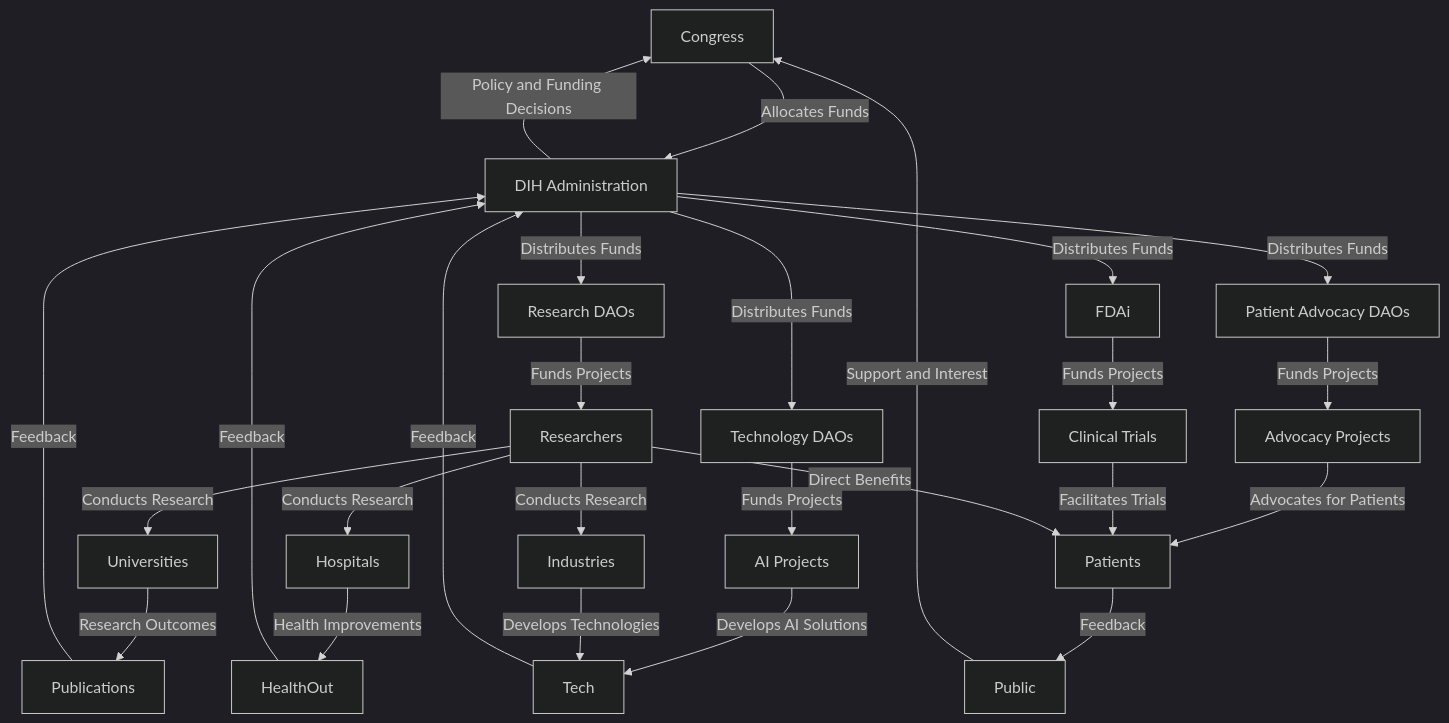
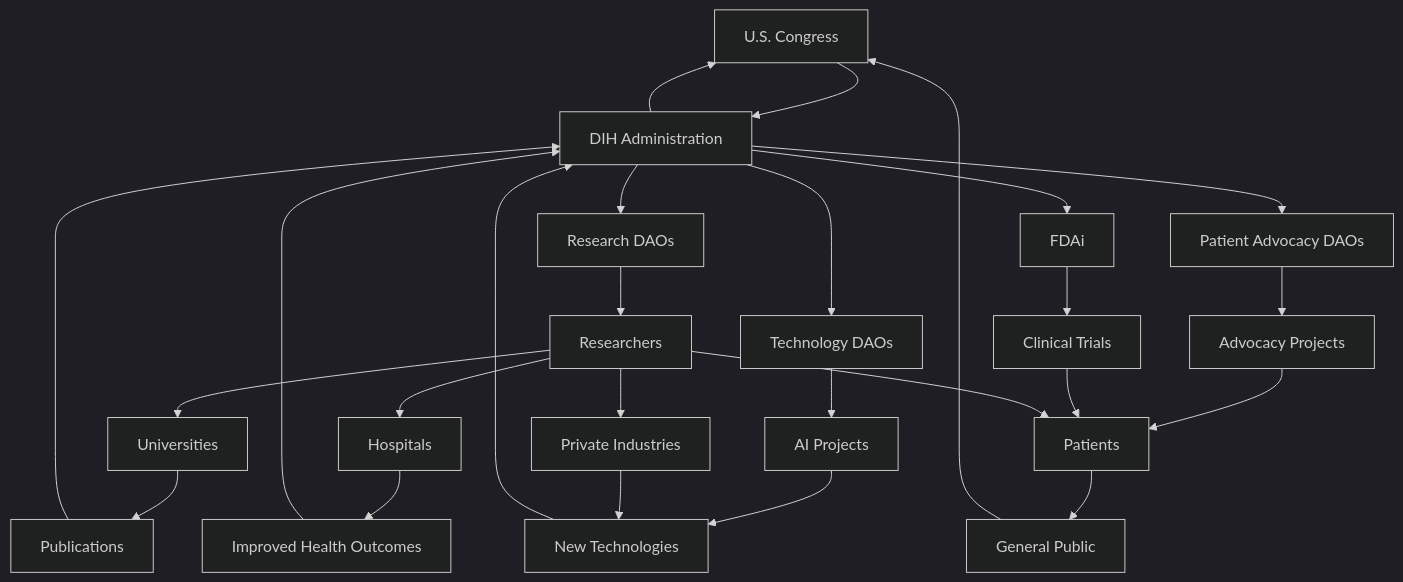
Before and after one commit to mikepsinn/disease-eradication-plan: the second of 2 diagrams in brain/book/solution/dih.qmd, drawn with Mermaid (dark theme). The commit also changed other lines of this file and 4 other files, not shown here.

````diff
--- a/brain/book/solution/dih.qmd
+++ b/brain/book/solution/dih.qmd
@@ -70,28 +69,28 @@
-```mermaid
-graph TD;
-    Congress -->|Allocates Funds| DIH[DIH Administration];
-    DIH -->|Distributes Funds| DAOs[Research DAOs];
-    DIH -->|Distributes Funds| TechDAOs[Technology DAOs];
-    DIH -->|Distributes Funds| PatientDAOs[Patient Advocacy DAOs];
-    DIH -->|Distributes Funds| FDAi[FDAi];
-    DAOs -->|Funds Projects| Researchers[Researchers];
-    TechDAOs -->|Funds Projects| AIProjects[AI Projects];
-    PatientDAOs -->|Funds Projects| AdvocacyProjects[Advocacy Projects];
-    FDAi -->|Funds Projects| ClinicalTrials[Clinical Trials];
-    Researchers -->|Conducts Research| Universities;
-    Researchers -->|Conducts Research| Hospitals;
-    Researchers -->|Conducts Research| Industries;
-    AIProjects -->|Develops AI Solutions| Tech;
-    AdvocacyProjects -->|Advocates for Patients| Patients;
-    ClinicalTrials -->|Facilitates Trials| Patients;
-    Universities -->|Research Outcomes| Publications;
-    Hospitals -->|Health Improvements| HealthOut;
-    Industries -->|Develops Technologies| Tech;
-    Publications -->|Feedback| DIH;
-    HealthOut -->|Feedback| DIH;
-    Tech -->|Feedback| DIH;
-    DIH -->|Policy and Funding Decisions| Congress;
-    Researchers -->|Direct Benefits| Patients;
-    Patients -->|Feedback| Public;
-    Public -->|Support and Interest| Congress;
+```{mermaid}
+graph TD
+    Congress["U.S. Congress"] --> DIH["DIH Administration"]
+    DIH --> DAOs["Research DAOs"]
+    DIH --> TechDAOs["Technology DAOs"]
+    DIH --> PatientDAOs["Patient Advocacy DAOs"]
+    DIH --> FDAi["FDAi"]
+    DAOs --> Researchers["Researchers"]
+    TechDAOs --> AIProjects["AI Projects"]
+    PatientDAOs --> AdvocacyProjects["Advocacy Projects"]
+    FDAi --> ClinicalTrials["Clinical Trials"]
+    Researchers --> Universities["Universities"]
+    Researchers --> Hospitals["Hospitals"]
+    Researchers --> Industries["Private Industries"]
+    AIProjects --> Tech["New Technologies"]
+    AdvocacyProjects --> Patients["Patients"]
+    ClinicalTrials --> Patients
+    Universities --> Publications["Publications"]
+    Hospitals --> HealthOut["Improved Health Outcomes"]
+    Industries --> Tech
+    Publications --> DIH
+    HealthOut --> DIH
+    Tech --> DIH
+    DIH --> Congress
+    Researchers --> Patients
+    Patients --> Public["General Public"]
+    Public --> Congress
 ```
````
